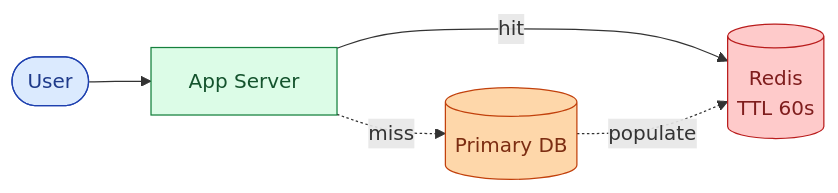
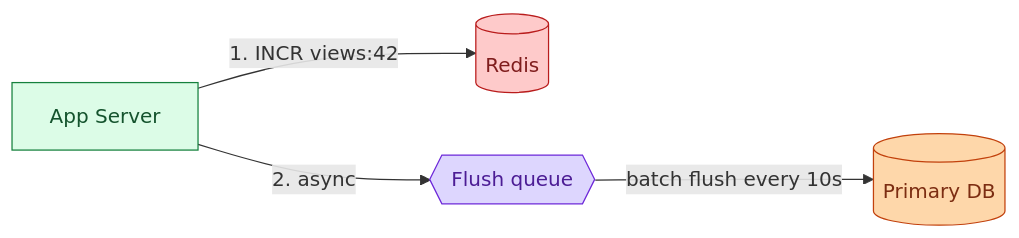
Before and after one commit to shiningflash/shiningflash.github.io: the fourth of 23 diagrams in _practice/system-design/017-read-heavy-patterns.md, drawn with Mermaid. The commit also changed other lines of this file and 18 other files, not shown here.

````diff
--- a/_practice/system-design/017-read-heavy-patterns.md
+++ b/_practice/system-design/017-read-heavy-patterns.md
@@ -141,12 +110,11 @@
 ```mermaid
 flowchart LR
-    U([User]):::user --> App["App Server"]:::app
-    App -->|hit| Redis[("Redis<br/>TTL 60s")]:::cache
-    App -.miss.-> DB[("Primary DB")]:::db
-    DB -.populate.-> Redis
+    App["App Server"]:::app -->|"1. INCR views:42"| Redis[("Redis")]:::cache
+    App -->|"2. async"| Q{{"Flush queue"}}:::queue
+    Q -->|"batch flush every 10s"| DB[("Primary DB")]:::db
 
-    classDef user fill:#dbeafe,stroke:#1e40af,color:#1e3a8a
     classDef app fill:#dcfce7,stroke:#15803d,color:#14532d
     classDef cache fill:#fecaca,stroke:#b91c1c,color:#7f1d1d
+    classDef queue fill:#ddd6fe,stroke:#6d28d9,color:#4c1d95
     classDef db fill:#fed7aa,stroke:#c2410c,color:#7c2d12
 ```
````
